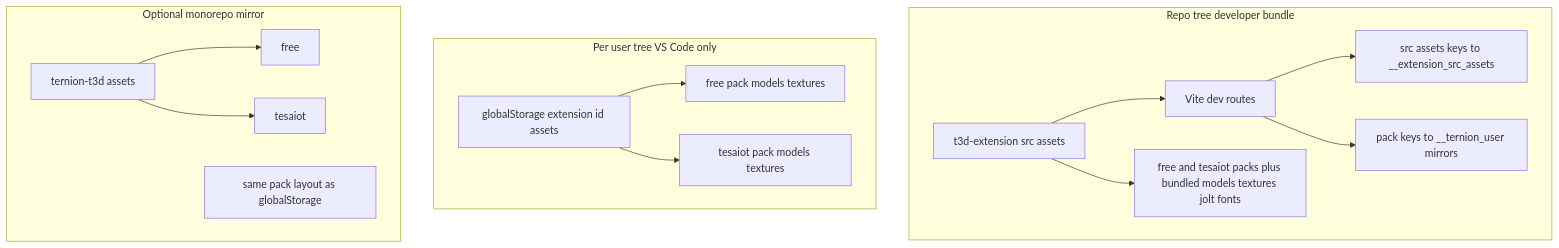
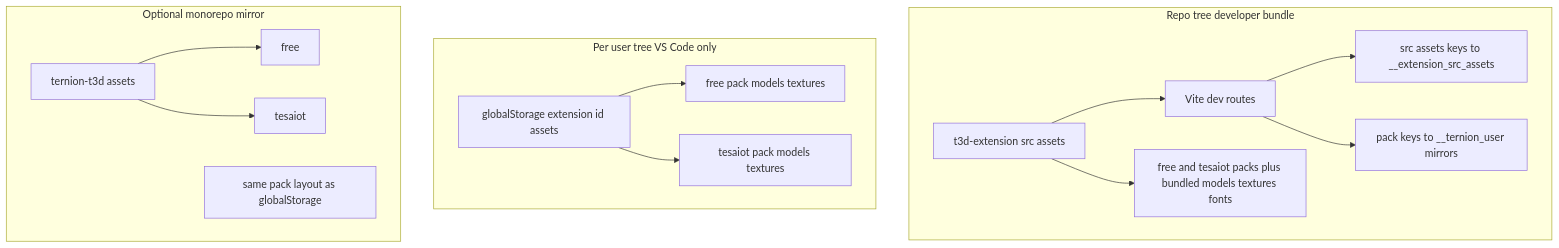
One commit to drsanti/Bitstream-Studio changed the first of 4 diagrams in extension/docs/ASSET_STORAGE_DIAGRAM.md. Above: the diagram before and after it, drawn with Mermaid. The commit also changed 150 other files, not shown here.

````diff
--- a/extension/docs/ASSET_STORAGE_DIAGRAM.md
+++ b/extension/docs/ASSET_STORAGE_DIAGRAM.md
@@ -11,23 +11,23 @@
 ```mermaid
 flowchart TB
   subgraph repoTree["Repo tree developer bundle"]
     RRoot["t3d-extension src assets"]
     RRoot --> RDev["Vite dev routes"]
     RDev --> RMap["src assets keys to __extension_src_assets"]
     RDev --> UDev["pack keys to __ternion_user mirrors"]
-    RRoot --> RSub["free and tesaiot packs plus bundled models textures jolt fonts"]
+    RRoot --> RSub["free and tesaiot packs plus bundled models textures fonts"]
   end
 
   subgraph userTree["Per user tree VS Code only"]
     URoot["globalStorage extension id assets"]
     URoot --> UFree["free pack models textures"]
     URoot --> UTes["tesaiot pack models textures"]
   end
 
   subgraph monoTree["Optional monorepo mirror"]
     MRoot["ternion-t3d assets"]
     MRoot --> MFree["free"]
     MRoot --> MTes["tesaiot"]
     MNote["same pack layout as globalStorage"]
   end
 ```
````
